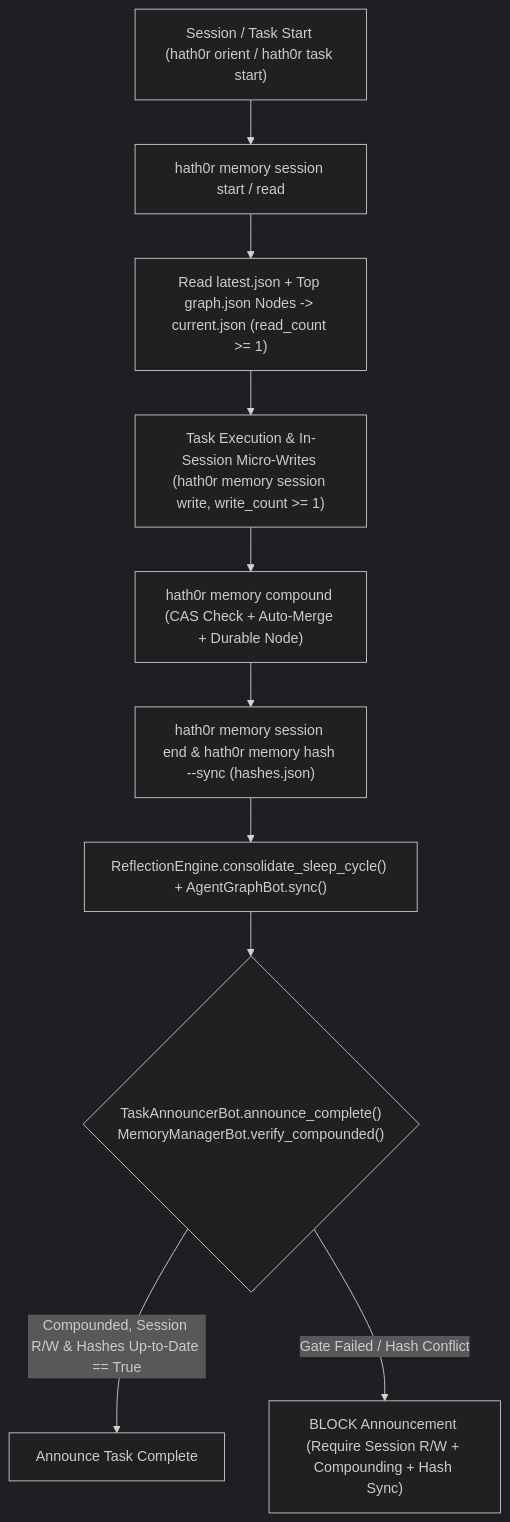
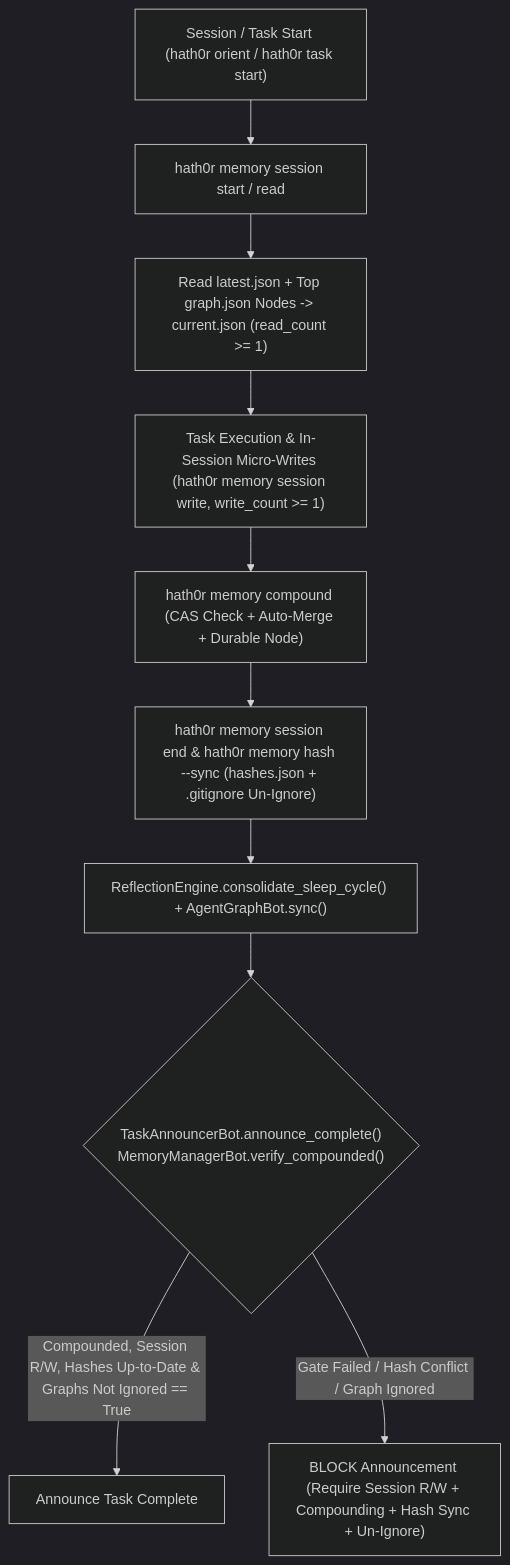
One commit to Bayly-AI/HATH0R-Agentic-Framework changed the diagram in docs/governance/workflows/memorygraph-compounding-workflow.md. Above: the diagram before and after it, drawn with Mermaid (dark theme). The commit also changed other lines of this file and 17 other files, not shown here.

Commit message:
feat(memory): ensure graph folders are never gitignored (#293)

````diff
--- a/docs/governance/workflows/memorygraph-compounding-workflow.md
+++ b/docs/governance/workflows/memorygraph-compounding-workflow.md
@@ -8,12 +8,12 @@
 ```mermaid
 flowchart TD
     A["Session / Task Start (hath0r orient / hath0r task start)"] --> B["hath0r memory session start / read"]
     B --> C["Read latest.json + Top graph.json Nodes -> current.json (read_count >= 1)"]
     C --> D["Task Execution & In-Session Micro-Writes (hath0r memory session write, write_count >= 1)"]
     D --> E["hath0r memory compound (CAS Check + Auto-Merge + Durable Node)"]
-    E --> F["hath0r memory session end & hath0r memory hash --sync (hashes.json)"]
+    E --> F["hath0r memory session end & hath0r memory hash --sync (hashes.json + .gitignore Un-Ignore)"]
     F --> G["ReflectionEngine.consolidate_sleep_cycle() + AgentGraphBot.sync()"]
     G --> H{"TaskAnnouncerBot.announce_complete()\nMemoryManagerBot.verify_compounded()"}
-    H -- "Compounded, Session R/W & Hashes Up-to-Date == True" --> I["Announce Task Complete"]
-    H -- "Gate Failed / Hash Conflict" --> J["BLOCK Announcement (Require Session R/W + Compounding + Hash Sync)"]
+    H -- "Compounded, Session R/W, Hashes Up-to-Date & Graphs Not Ignored == True" --> I["Announce Task Complete"]
+    H -- "Gate Failed / Hash Conflict / Graph Ignored" --> J["BLOCK Announcement (Require Session R/W + Compounding + Hash Sync + Un-Ignore)"]
 ```
````
